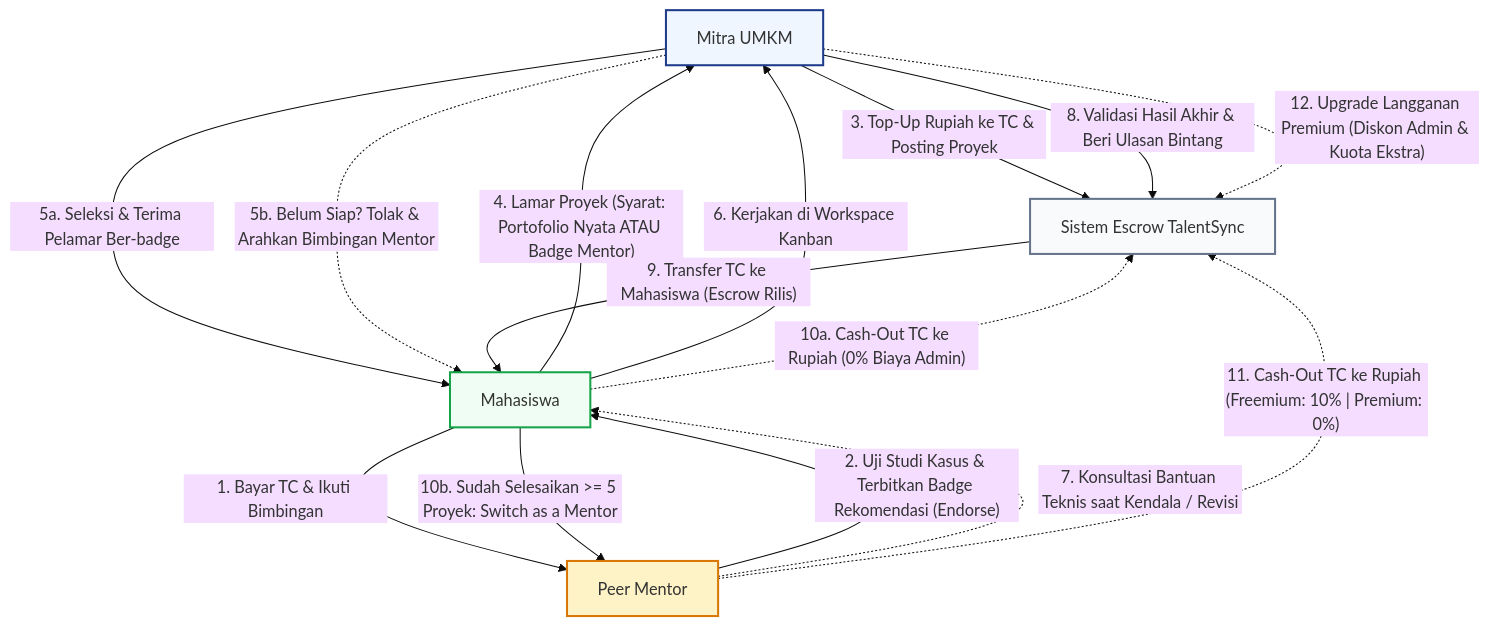
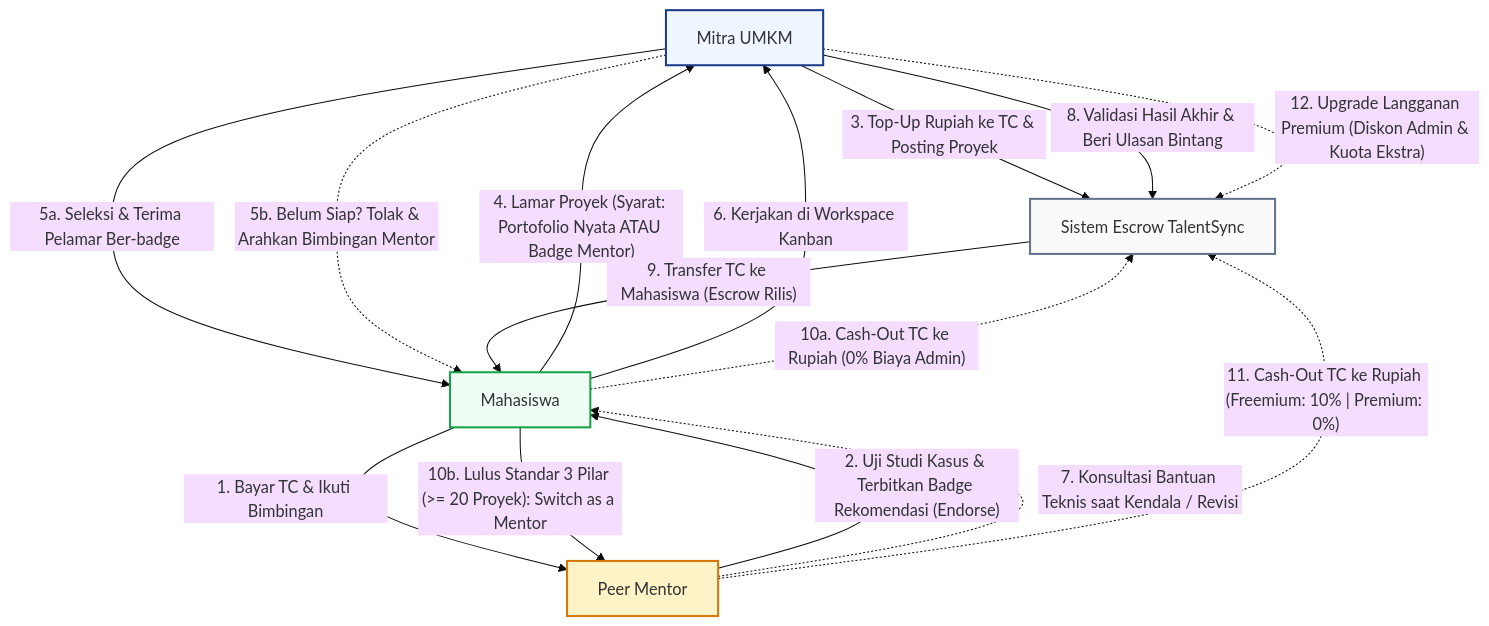
The diagram in docs/dokumentasi_ekosistem.md (arya27Q/talentsync), drawn with Mermaid (base theme) before and after one commit. The commit also changed other lines of this file and 39 other files, not shown here.

First line of the commit message:
feat: penyelarasan penuh POV Mahasiswa & Mentor, crop PNG/JPG ketat, Switch to Mentor 3 Pilar, dan Tahap 4 Validasi Hasil & Escrow

````diff
--- a/docs/dokumentasi_ekosistem.md
+++ b/docs/dokumentasi_ekosistem.md
@@ -24,36 +24,36 @@
 ```mermaid
 flowchart TD
     %% Styling
     classDef umkm fill:#EFF6FF,stroke:#1E3A8A,stroke-width:2px;
     classDef mhs fill:#F0FDF4,stroke:#16A34A,stroke-width:2px;
     classDef mentor fill:#FEF3C7,stroke:#D97706,stroke-width:2px;
     classDef sys fill:#F8FAFC,stroke:#64748B,stroke-width:2px;
 
     %% Nodes
     U[Mitra UMKM]:::umkm
     M[Mahasiswa]:::mhs
     Men[Peer Mentor]:::mentor
     S[Sistem Escrow TalentSync]:::sys
 
     %% 1. Jalur Pembelajaran & Quality Assurance
     M -- "1. Bayar TC & Ikuti Bimbingan" --> Men
     Men -- "2. Uji Studi Kasus & Terbitkan Badge Rekomendasi (Endorse)" --> M
 
     %% 2. Jalur Proyek UMKM
     U -- "3. Top-Up Rupiah ke TC & Posting Proyek" --> S
     M -- "4. Lamar Proyek (Syarat: Portofolio Nyata ATAU Badge Mentor)" --> U
     U -- "5a. Seleksi & Terima Pelamar Ber-badge" --> M
     U -. "5b. Belum Siap? Tolak & Arahkan Bimbingan Mentor" .-> M
 
     %% 3. Pelaksanaan & Pendampingan
     M -- "6. Kerjakan di Workspace Kanban" --> U
     Men -. "7. Konsultasi Bantuan Teknis saat Kendala / Revisi" .-> M
     U -- "8. Validasi Hasil Akhir & Beri Ulasan Bintang" --> S
     S -- "9. Transfer TC ke Mahasiswa (Escrow Rilis)" --> M
 
     %% 4. Pemanfaatan TC & Perputaran Nilai
     M -. "10a. Cash-Out TC ke Rupiah (0% Biaya Admin)" .-> S
-    M -- "10b. Sudah Selesaikan >= 5 Proyek: Switch as a Mentor" --> Men
+    M -- "10b. Lulus Standar 3 Pilar (>= 20 Proyek): Switch as a Mentor" --> Men
     Men -. "11. Cash-Out TC ke Rupiah (Freemium: 10% | Premium: 0%)" .-> S
     U -. "12. Upgrade Langganan Premium (Diskon Admin & Kuota Ekstra)" .-> S
 ```
````
